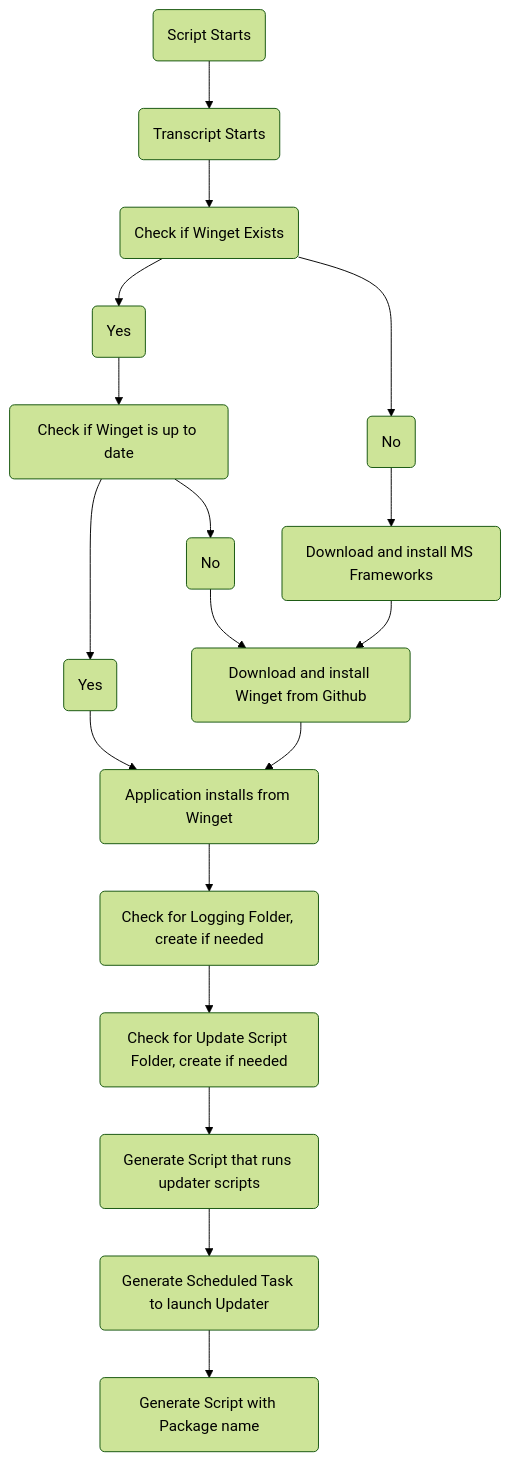
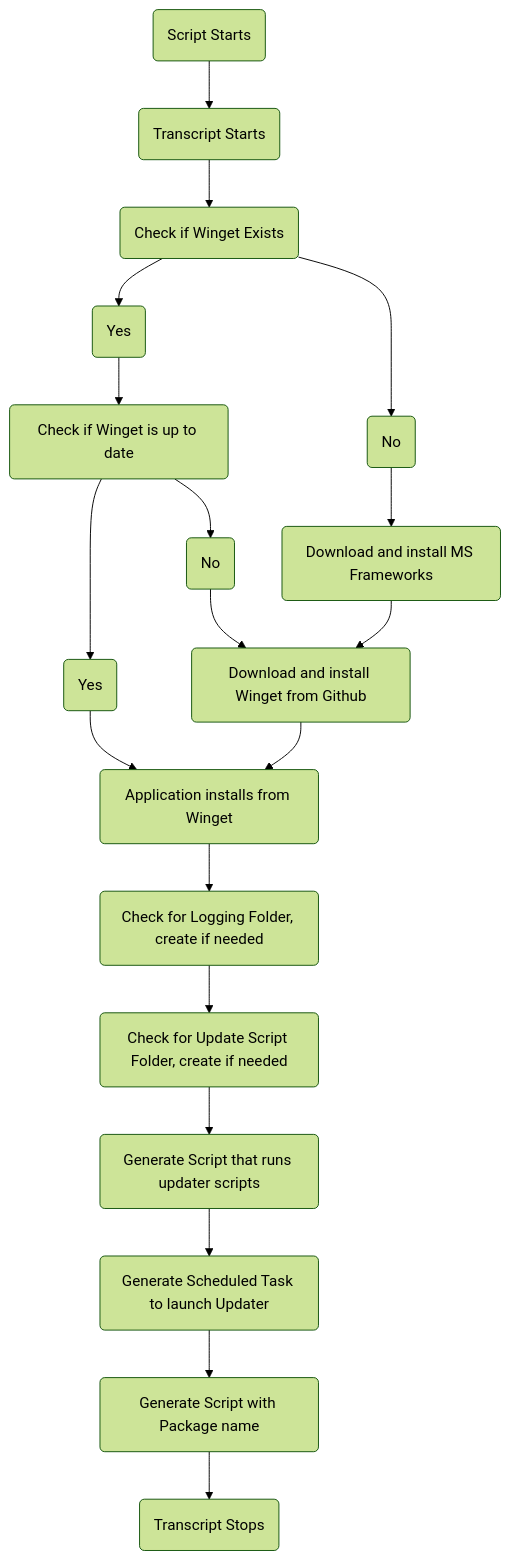
One commit to jessewolcott/Intune changed the diagram in README.md. Above: the diagram before and after it, drawn with Mermaid (forest theme).

````diff
--- a/README.md
+++ b/README.md
@@ -6,20 +6,21 @@
 ```mermaid
 flowchart TB
     Invoke("Script Starts")-->StartTranscript("Transcript Starts")
     StartTranscript-->CheckWingetPresence("Check if Winget Exists")
     CheckWingetPresence-->CheckWingetPresenceYes("Yes")
     CheckWingetPresence-->CheckWingetPresenceNo("No")
     CheckWingetPresenceNo-->DownloadFrameworks("Download and install MS Frameworks")
     DownloadFrameworks-->DownloadWingetGH("Download and install Winget from Github")
     CheckWingetPresenceYes-->WingetVersionCheck("Check if Winget is up to date")
     WingetVersionCheck-->WingetVersionCheckYes("Yes")
     WingetVersionCheck-->WingetVersionCheckNo("No")
     WingetVersionCheckYes-->AppInstall("Application installs from Winget")
     WingetVersionCheckNo-->DownloadWingetGH
     DownloadWingetGH-->AppInstall
     AppInstall-->LoggingFolder("Check for Logging Folder, create if needed")
     LoggingFolder-->UpdateScriptFolder("Check for Update Script Folder, create if needed")
     UpdateScriptFolder-->GenerateUpdater("Generate Script that runs updater scripts")
     GenerateUpdater-->GenerateSchTask("Generate Scheduled Task to launch Updater")
     GenerateSchTask-->GenerateIndividualAppUpdater("Generate Script with Package name")
+    GenerateIndividualAppUpdater-->StopTranscript("Transcript Stops")
 ```
````
